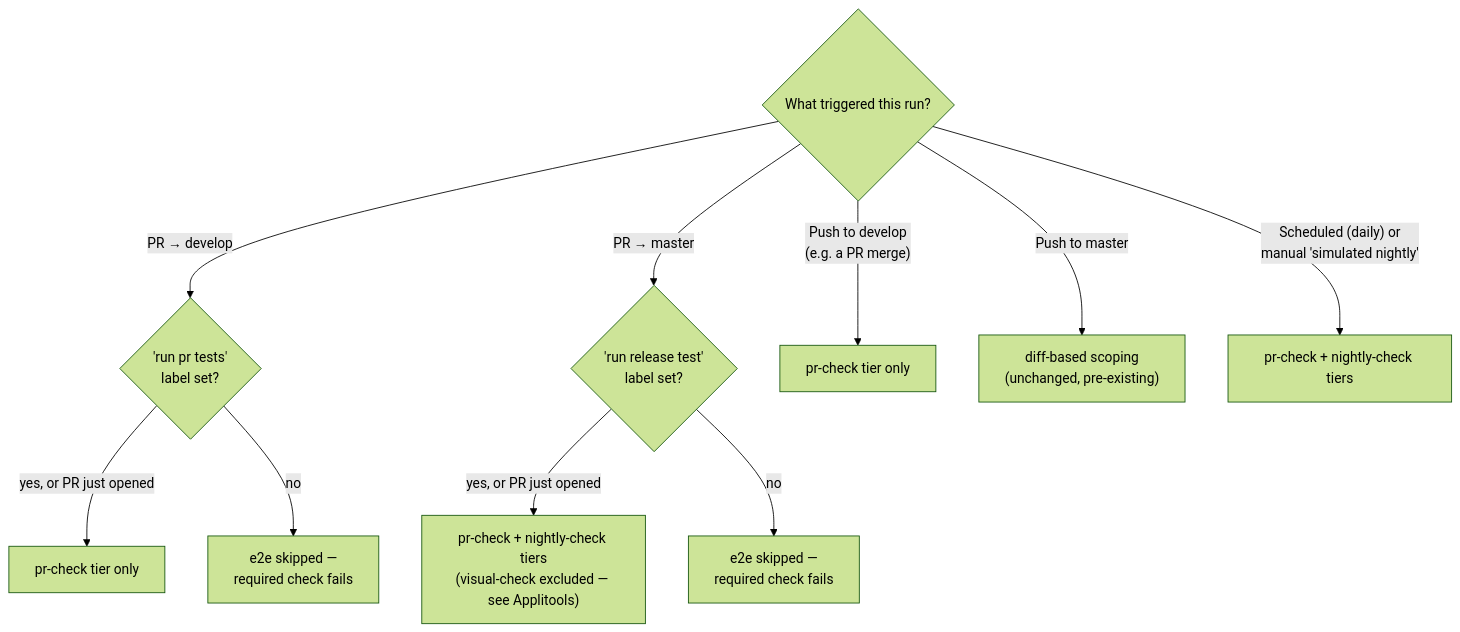
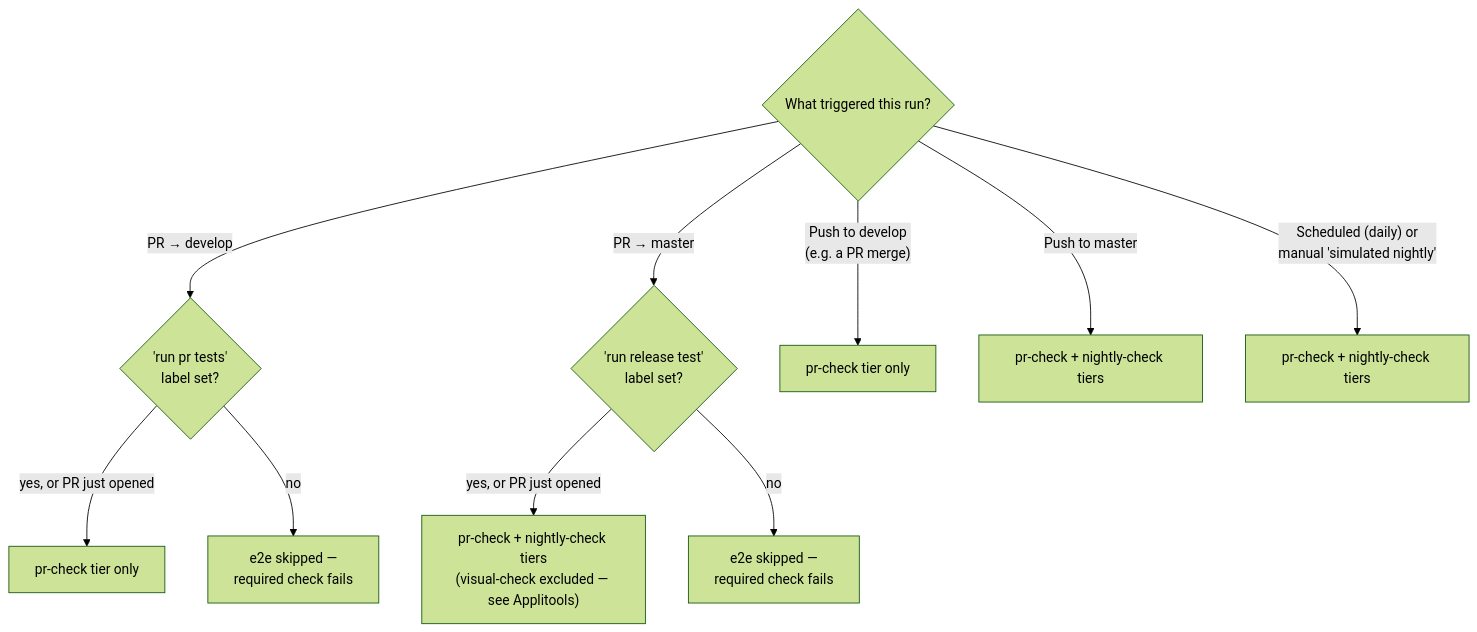
One commit to mermaid-js/mermaid changed the second of 2 diagrams in docs/community/e2e-tests.md. Above: the diagram before and after it, drawn with Mermaid (forest theme). The commit also changed other lines of this file and 3 other files, not shown here.

````diff
--- a/docs/community/e2e-tests.md
+++ b/docs/community/e2e-tests.md
@@ -106,15 +116,15 @@
 ```mermaid
 flowchart TD
   start{"What triggered this run?"}
   start -->|"PR → develop"| pr_label{"'run pr tests'<br/>label set?"}
   start -->|"PR → master"| release_label{"'run release test'<br/>label set?"}
   start -->|"Push to develop<br/>(e.g. a PR merge)"| push_develop["pr-check tier only"]
-  start -->|"Push to master"| push_master["diff-based scoping<br/>(unchanged, pre-existing)"]
+  start -->|"Push to master"| push_master["pr-check + nightly-check tiers"]
   start -->|"Scheduled (daily) or<br/>manual 'simulated nightly'"| nightly_run["pr-check + nightly-check tiers"]
 
   pr_label -->|yes, or PR just opened| pr_scoped["pr-check tier only"]
   pr_label -->|no| blocked1["e2e skipped —<br/>required check fails"]
 
   release_label -->|yes, or PR just opened| gated["pr-check + nightly-check tiers<br/>(visual-check excluded — see Applitools)"]
   release_label -->|no| blocked2["e2e skipped —<br/>required check fails"]
 ```
````
